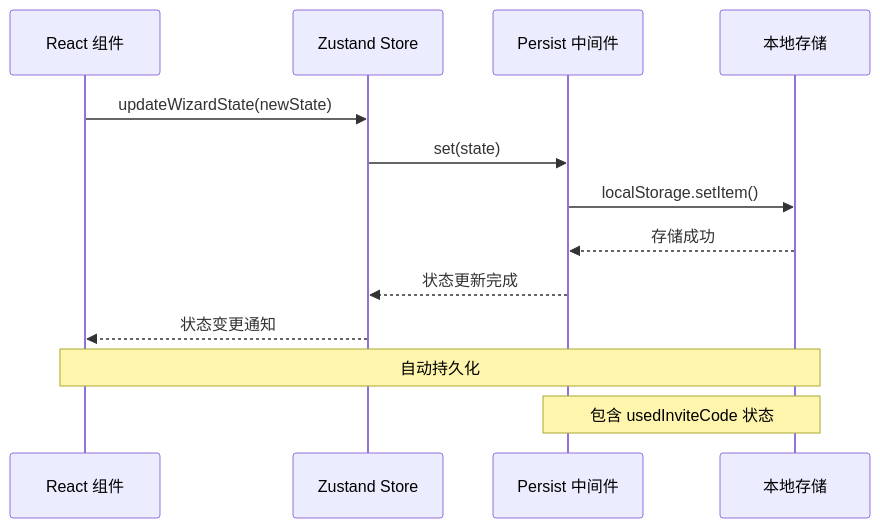
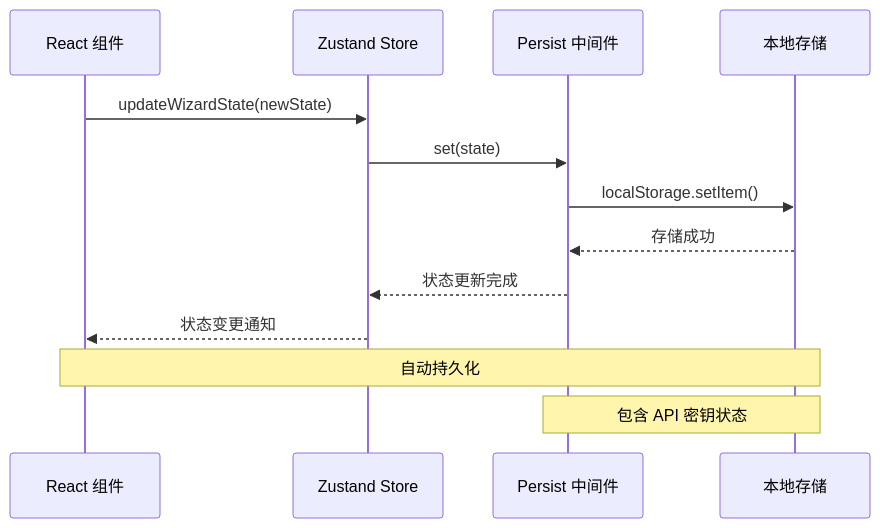
The third of 14 diagrams in .qoder/repowiki/zh/content/设置向导状态管理.md (verse-ai-org/openclaw), drawn with Mermaid before and after one commit. The commit also changed other lines of this file and 7 other files, not shown here.

````diff
--- a/.qoder/repowiki/zh/content/设置向导状态管理.md
+++ b/.qoder/repowiki/zh/content/设置向导状态管理.md
@@ -154,15 +166,15 @@
 ```mermaid
 sequenceDiagram
 participant Component as React 组件
 participant Store as Zustand Store
 participant Middleware as Persist 中间件
 participant Storage as 本地存储
 Component->>Store : updateWizardState(newState)
 Store->>Middleware : set(state)
 Middleware->>Storage : localStorage.setItem()
 Storage-->>Middleware : 存储成功
 Middleware-->>Store : 状态更新完成
 Store-->>Component : 状态变更通知
 Note over Component,Storage : 自动持久化
-Note over Middleware,Storage : 包含 usedInviteCode 状态
+Note over Middleware,Storage : 包含 API 密钥状态
 ```
````
